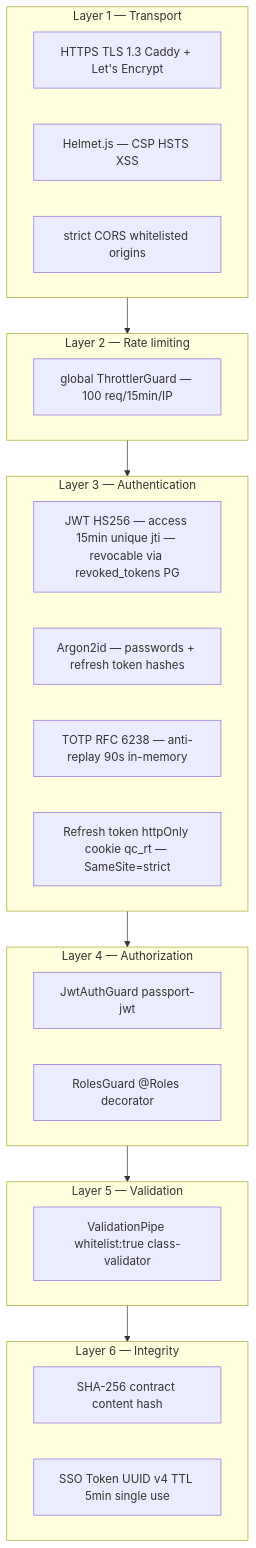
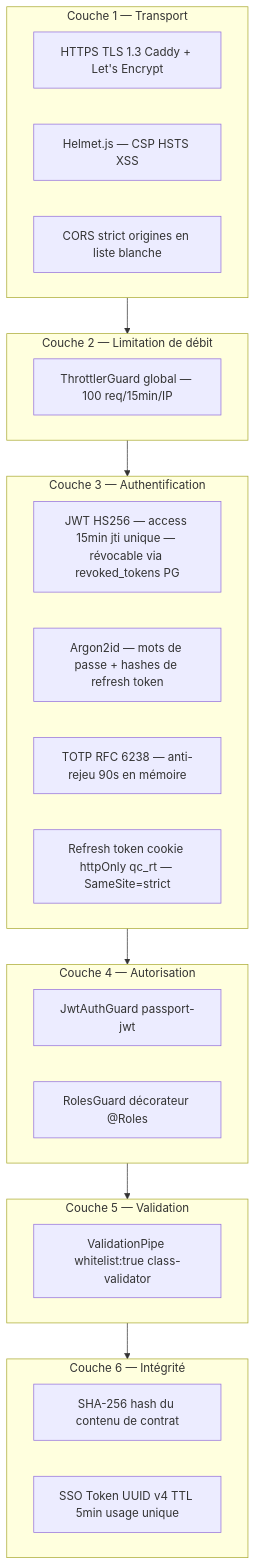
Diagram 17 of 21 in docs/ARCHITECTURE.md (creibaud/QuartierConnect), drawn with Mermaid before and after one commit. The commit also changed other lines of this file and 27 other files, not shown here.

````diff
--- a/docs/ARCHITECTURE.md
+++ b/docs/ARCHITECTURE.md
@@ -665,30 +706,30 @@
 ```mermaid
 graph TD
-    subgraph L1["Layer 1 — Transport"]
+    subgraph L1["Couche 1 — Transport"]
         HTTPS[HTTPS TLS 1.3 Caddy + Let's Encrypt]
         HELMET[Helmet.js — CSP HSTS XSS]
-        CORS[strict CORS whitelisted origins]
+        CORS[CORS strict origines en liste blanche]
     end
-    subgraph L2["Layer 2 — Rate limiting"]
-        THROTTLE[global ThrottlerGuard — 100 req/15min/IP]
+    subgraph L2["Couche 2 — Limitation de débit"]
+        THROTTLE[ThrottlerGuard global — 100 req/15min/IP]
     end
-    subgraph L3["Layer 3 — Authentication"]
-        JWT[JWT HS256 — access 15min unique jti — revocable via revoked_tokens PG]
-        ARGON2[Argon2id — passwords + refresh token hashes]
-        TOTP[TOTP RFC 6238 — anti-replay 90s in-memory]
-        COOKIE[Refresh token httpOnly cookie qc_rt — SameSite=strict]
+    subgraph L3["Couche 3 — Authentification"]
+        JWT[JWT HS256 — access 15min jti unique — révocable via revoked_tokens PG]
+        ARGON2[Argon2id — mots de passe + hashes de refresh token]
+        TOTP[TOTP RFC 6238 — anti-rejeu 90s en mémoire]
+        COOKIE[Refresh token cookie httpOnly qc_rt — SameSite=strict]
     end
-    subgraph L4["Layer 4 — Authorization"]
+    subgraph L4["Couche 4 — Autorisation"]
         JWTG[JwtAuthGuard passport-jwt]
-        ROLESG[RolesGuard @Roles decorator]
+        ROLESG[RolesGuard décorateur @Roles]
     end
-    subgraph L5["Layer 5 — Validation"]
+    subgraph L5["Couche 5 — Validation"]
         PIPE[ValidationPipe whitelist:true class-validator]
     end
-    subgraph L6["Layer 6 — Integrity"]
-        SHA[SHA-256 contract content hash]
-        SSO2[SSO Token UUID v4 TTL 5min single use]
+    subgraph L6["Couche 6 — Intégrité"]
+        SHA[SHA-256 hash du contenu de contrat]
+        SSO2[SSO Token UUID v4 TTL 5min usage unique]
     end
 
     L1 --> L2 --> L3 --> L4 --> L5 --> L6
 ```
````
